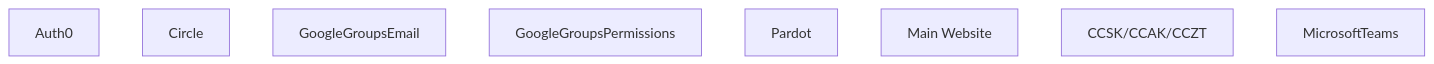
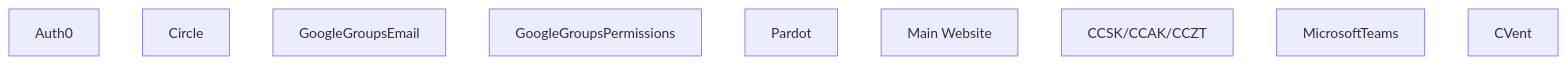
One commit to CloudSecurityAlliance/CSA-IT-Operations changed the diagram in projects/accounts-overview.md. Above: the diagram before and after it, drawn with Mermaid.

````diff
--- a/projects/accounts-overview.md
+++ b/projects/accounts-overview.md
@@ -1,23 +1,25 @@
 ```mermaid
 graph TD;
 
 %% Auth0 (Email, can be verified)
 %% Circle (SSO/email)
 %% Google Groups - email/calendar (Google accounts and just email)
 %% Google Groups - drive permissions (Google accounts)
 %% Pardot (just email)
 %% Main Website (Auth0 accounts)
 %% CCSK/CCAK/CCZT (email/password or SSO)
 %% MicrosoftTeams (email verified)
 
+%% EXTERNAL SERVICES like Cvent
+
 Auth0[Auth0]
 Circle[Circle]
 GoogleGroupsEmail[GoogleGroupsEmail]
 GoogleGroupsPermissions[GoogleGroupsPermissions]
 Pardot[Pardot]
 MainWebsite[Main Website]
 CertWebsites[CCSK/CCAK/CCZT]
 MicrosoftTeams[MicrosoftTeams]
-
+CVent[CVent]
 
 ```
````
